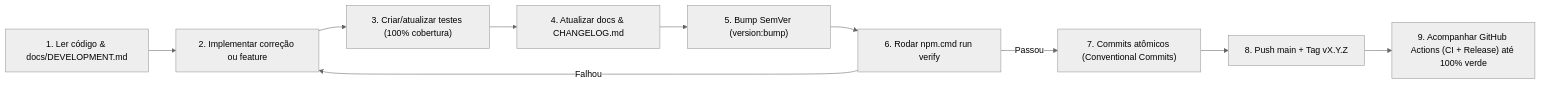
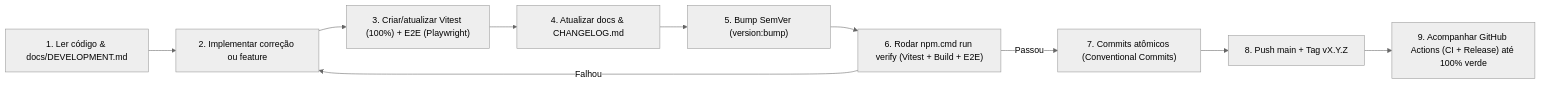
One commit to KaneeSell/Nexus changed the diagram in docs/QUALITY_WORKFLOW.md. Above: the diagram before and after it, drawn with Mermaid (neutral theme). The commit also changed other lines of this file and 5 other files, not shown here.

Commit message:
docs: enforce Vitest + E2E tests and full verification in delivery flow

````diff
--- a/docs/QUALITY_WORKFLOW.md
+++ b/docs/QUALITY_WORKFLOW.md
@@ -9,12 +9,12 @@
 ```mermaid
 flowchart LR
     A["1. Ler código & docs/DEVELOPMENT.md"] --> B["2. Implementar correção ou feature"]
-    B --> C["3. Criar/atualizar testes (100% cobertura)"]
+    B --> C["3. Criar/atualizar Vitest (100%) + E2E (Playwright)"]
     C --> D["4. Atualizar docs & CHANGELOG.md"]
     D --> E["5. Bump SemVer (version:bump)"]
-    E --> F["6. Rodar npm.cmd run verify"]
+    E --> F["6. Rodar npm.cmd run verify (Vitest + Build + E2E)"]
     F -->|Falhou| B
     F -->|Passou| G["7. Commits atômicos (Conventional Commits)"]
     G --> H["8. Push main + Tag vX.Y.Z"]
     H --> I["9. Acompanhar GitHub Actions (CI + Release) até 100% verde"]
 ```
````
